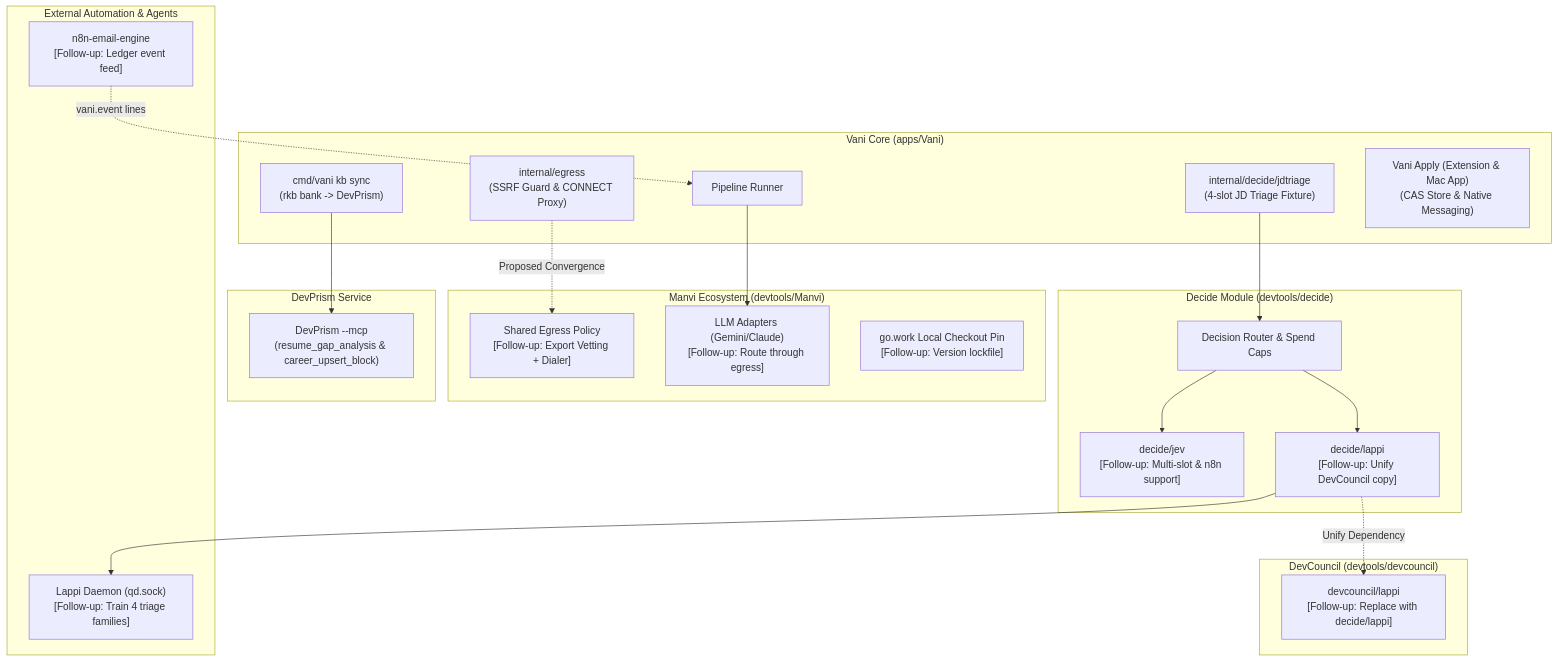
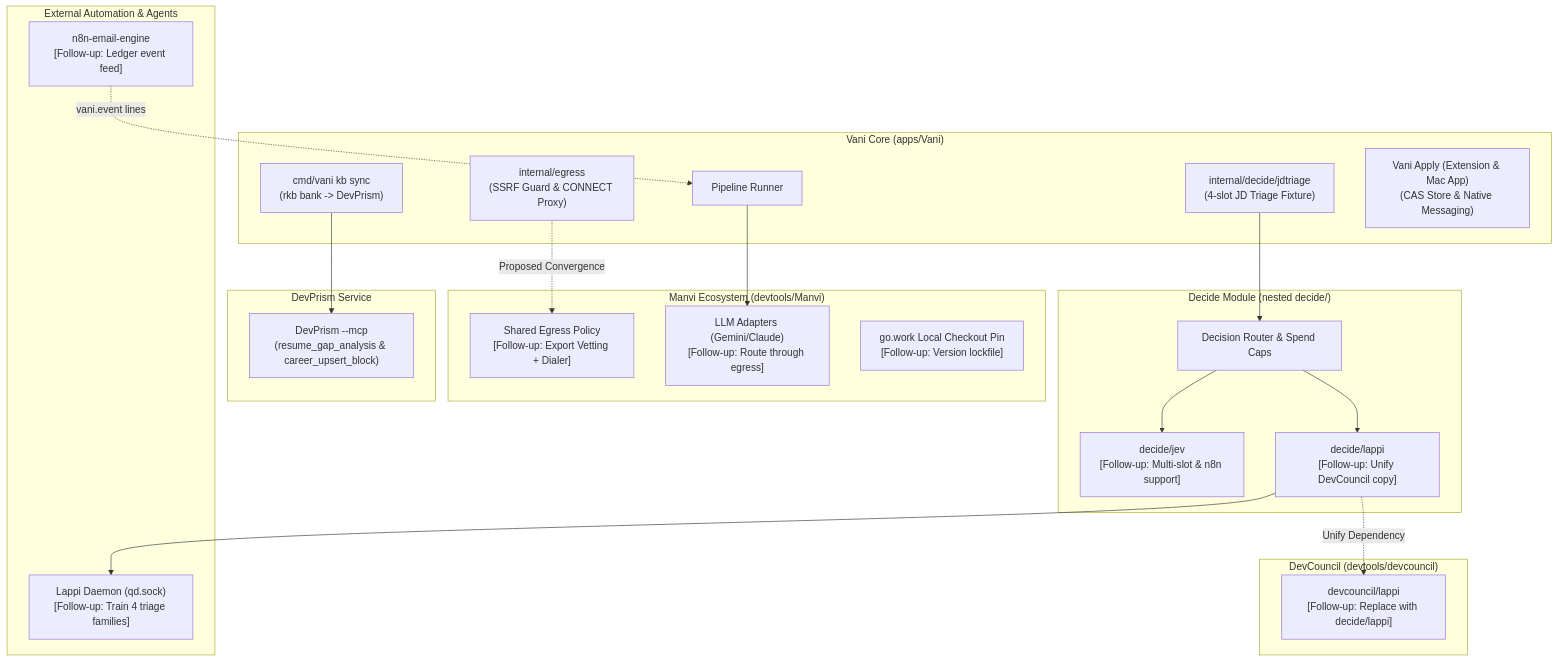
The diagram in docs/FOLLOWUPS.md (bharathvbcr/vani), drawn with Mermaid before and after one commit. The commit also changed other lines of this file and 3 other files, not shown here.

First line of the commit message:
docs: hosted CI exists; decide is the nested module; document company icons from the code

````diff
--- a/docs/FOLLOWUPS.md
+++ b/docs/FOLLOWUPS.md
@@ -3,44 +3,44 @@
 ```mermaid
 flowchart TD
     subgraph CoreVani["Vani Core (apps/Vani)"]
         VANI_RUN["Pipeline Runner"]
         VANI_EGRESS["internal/egress\n(SSRF Guard & CONNECT Proxy)"]
         VANI_DECIDE["internal/decide/jdtriage\n(4-slot JD Triage Fixture)"]
         VANI_KB["cmd/vani kb sync\n(rkb bank -> DevPrism)"]
         VANI_APPLY["Vani Apply (Extension & Mac App)\n(CAS Store & Native Messaging)"]
     end
 
     subgraph ManviIntegration["Manvi Ecosystem (devtools/Manvi)"]
         MANVI_EGRESS["Shared Egress Policy\n[Follow-up: Export Vetting + Dialer]"]
         MANVI_LLM["LLM Adapters (Gemini/Claude)\n[Follow-up: Route through egress]"]
         MANVI_PIN["go.work Local Checkout Pin\n[Follow-up: Version lockfile]"]
     end
 
-    subgraph DecideEcosystem["Decide Module (devtools/decide)"]
+    subgraph DecideEcosystem["Decide Module (nested decide/)"]
         DECIDE_ROUTER["Decision Router & Spend Caps"]
         DECIDE_JEV["decide/jev\n[Follow-up: Multi-slot & n8n support]"]
         DECIDE_LAPPI["decide/lappi\n[Follow-up: Unify DevCouncil copy]"]
     end
 
     subgraph DevCouncil["DevCouncil (devtools/devcouncil)"]
         DC_LAPPI["devcouncil/lappi\n[Follow-up: Replace with decide/lappi]"]
     end
 
     subgraph DevPrism["DevPrism Service"]
         DP_MCP["DevPrism --mcp\n(resume_gap_analysis & career_upsert_block)"]
     end
 
     subgraph ExternalServices["External Automation & Agents"]
         N8N["n8n-email-engine\n[Follow-up: Ledger event feed]"]
         LAPPI_AGENT["Lappi Daemon (qd.sock)\n[Follow-up: Train 4 triage families]"]
     end
 
     VANI_EGRESS -.->|Proposed Convergence| MANVI_EGRESS
     VANI_RUN --> MANVI_LLM
     VANI_DECIDE --> DECIDE_ROUTER
     DECIDE_ROUTER --> DECIDE_JEV & DECIDE_LAPPI
     DECIDE_LAPPI -.->|Unify Dependency| DC_LAPPI
     DECIDE_LAPPI --> LAPPI_AGENT
     VANI_KB --> DP_MCP
     N8N -.->|vani.event lines| VANI_RUN
 ```
````
